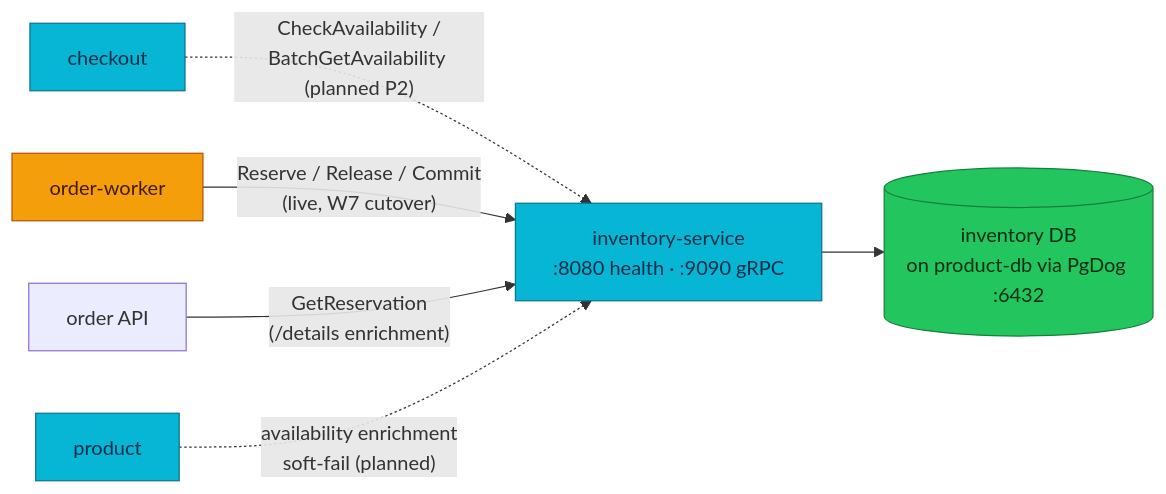
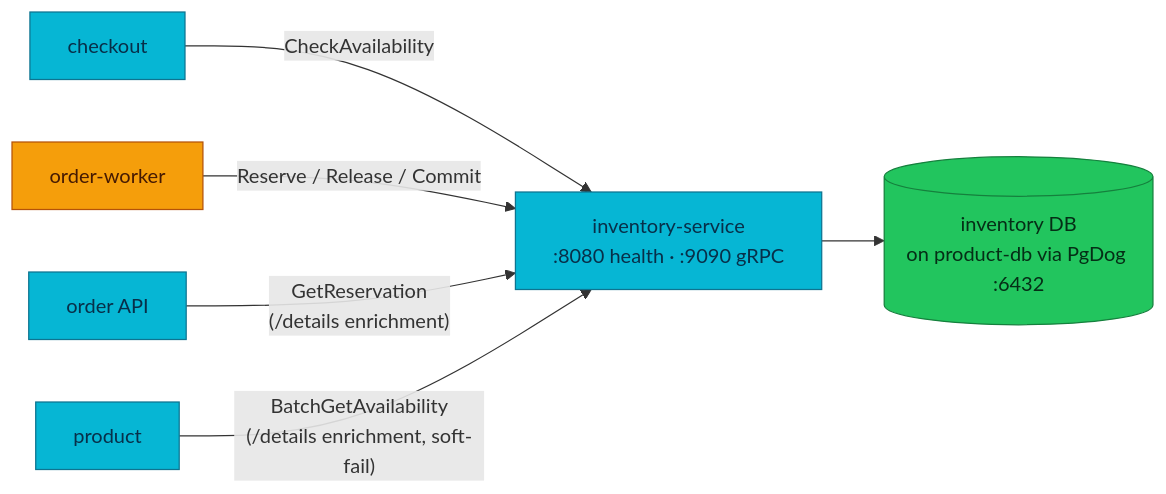
One commit to duynhlab/homelab changed the first of 2 diagrams in docs/api/inventory.md. Above: the diagram before and after it, drawn with Mermaid. The commit also changed other lines of this file and 6 other files, not shown here.

````diff
--- a/docs/api/inventory.md
+++ b/docs/api/inventory.md
@@ -85,16 +86,15 @@
 ```mermaid
 flowchart LR
-    CK["checkout"] -.->|"CheckAvailability /<br/>BatchGetAvailability (planned P2)"| INV["inventory-service<br/>:8080 health · :9090 gRPC"]
-    W["order-worker"] -->|"Reserve / Release / Commit<br/>(live, W7 cutover)"| INV
+    CK["checkout"] -->|"CheckAvailability"| INV["inventory-service<br/>:8080 health · :9090 gRPC"]
+    W["order-worker"] -->|"Reserve / Release / Commit"| INV
     OAPI["order API"] -->|"GetReservation<br/>(/details enrichment)"| INV
-    P["product"] -.->|"availability enrichment<br/>soft-fail (planned)"| INV
+    P["product"] -->|"BatchGetAvailability<br/>(/details enrichment, soft-fail)"| INV
     INV --> DB[("inventory DB<br/>on product-db via PgDog :6432")]
 
     classDef service fill:#06b6d4,color:#082f49,stroke:#0e7490;
     classDef worker fill:#f59e0b,color:#451a03,stroke:#b45309;
     classDef data fill:#22c55e,color:#052e16,stroke:#15803d;
-    classDef planned fill:#fff,color:#475569,stroke:#64748b,stroke-dasharray:5 5;
-    class CK,P,INV service;
+    class CK,P,INV,OAPI service;
     class W worker;
     class DB data;
 ```
````
